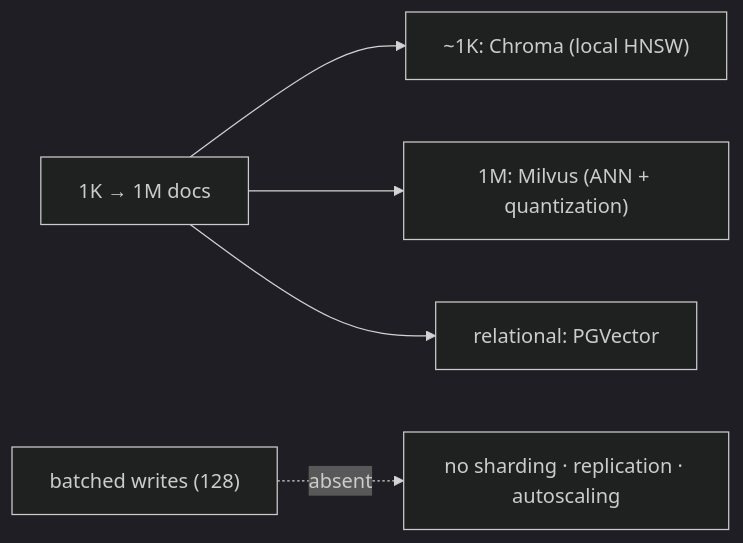
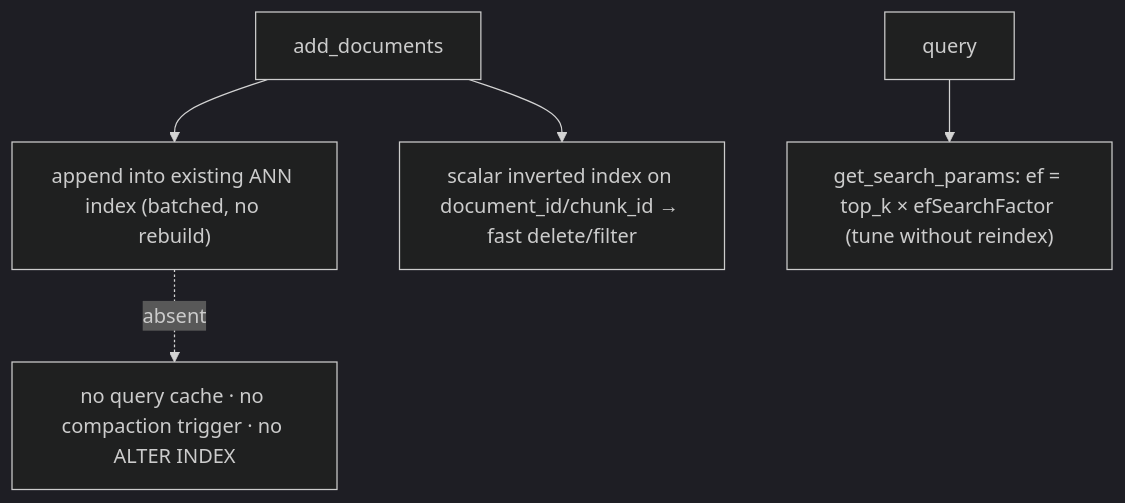
The tenth of 13 diagrams in docs-michael/interview_questions/05-rag-system-design.md (michaelatamuk/openjiuwen-jiuwenswarm), drawn with Mermaid (dark theme) before and after one commit. The commit also changed other lines of this file and 9 other files, not shown here.

````diff
--- a/docs-michael/interview_questions/05-rag-system-design.md
+++ b/docs-michael/interview_questions/05-rag-system-design.md
@@ -210,7 +182,7 @@
 ```mermaid
-flowchart LR
-    S["1K → 1M docs"] --> SM["~1K: Chroma (local HNSW)"]
-    S --> LG["1M: Milvus (ANN + quantization)"]
-    S --> REL["relational: PGVector"]
-    W["batched writes (128)"] -.->|"absent"| SHARD["no sharding · replication · autoscaling"]
+flowchart TD
+    ADD["add_documents"] --> APP["append into existing ANN index (batched, no rebuild)"]
+    ADD --> SC["scalar inverted index on document_id/chunk_id → fast delete/filter"]
+    Q["query"] --> SP["get_search_params: ef = top_k × efSearchFactor (tune without reindex)"]
+    APP -.->|"absent"| CACHE["no query cache · no compaction trigger · no ALTER INDEX"]
 ```
````
